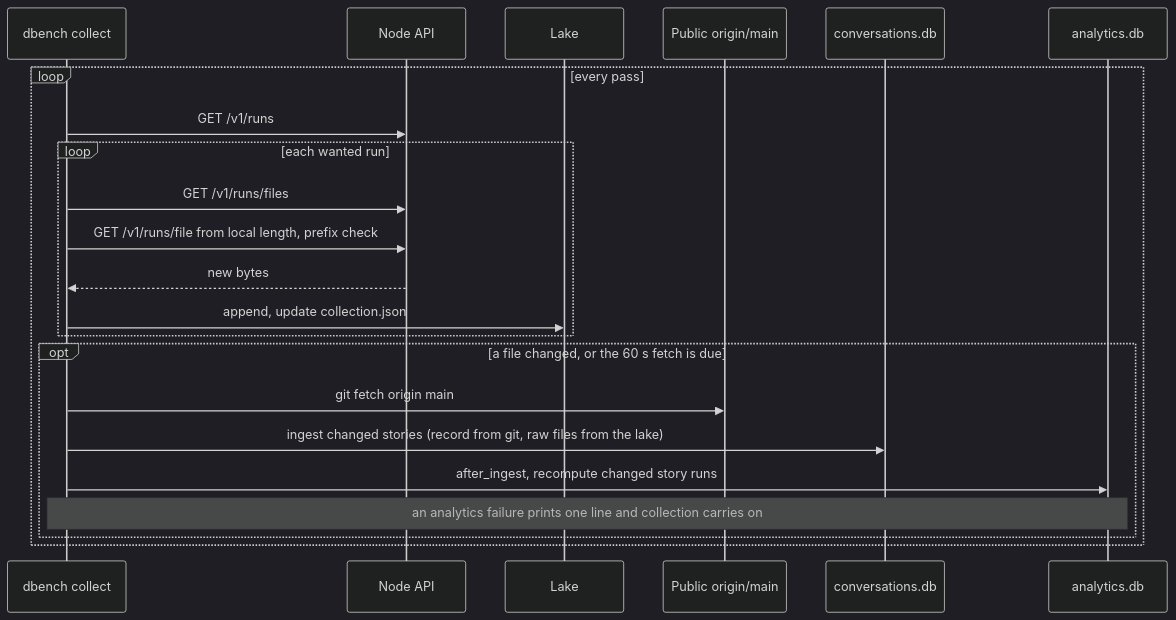
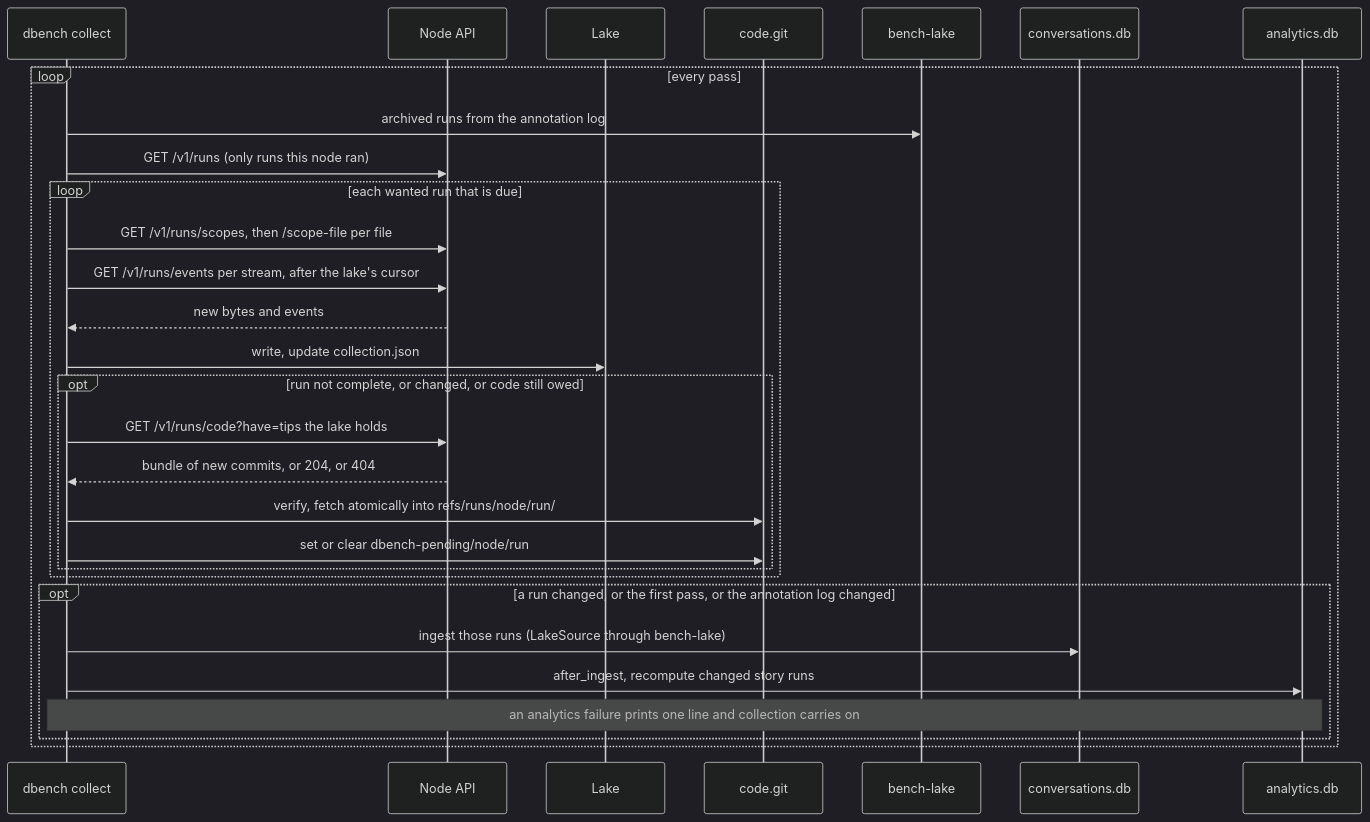
One commit to boxabirds/awesome-local-ai changed the fifth of 9 diagrams in docs/dataflow.md. Above: the diagram before and after it, drawn with Mermaid (dark theme). The commit also changed other lines of this file and 5 other files, not shown here.

````diff
--- a/docs/dataflow.md
+++ b/docs/dataflow.md
@@ -279,24 +326,31 @@
 ```mermaid
 sequenceDiagram
   participant C as dbench collect
   participant N as Node API
   participant L as Lake
-  participant G as Public origin/main
+  participant K as code.git
+  participant B as bench-lake
   participant W as conversations.db
   participant A as analytics.db
   loop every pass
-    C->>N: GET /v1/runs
-    loop each wanted run
-      C->>N: GET /v1/runs/files
-      C->>N: GET /v1/runs/file from local length, prefix check
-      N-->>C: new bytes
-      C->>L: append, update collection.json
+    C->>B: archived runs from the annotation log
+    C->>N: GET /v1/runs (only runs this node ran)
+    loop each wanted run that is due
+      C->>N: GET /v1/runs/scopes, then /scope-file per file
+      C->>N: GET /v1/runs/events per stream, after the lake's cursor
+      N-->>C: new bytes and events
+      C->>L: write, update collection.json
+      opt run not complete, or changed, or code still owed
+        C->>N: GET /v1/runs/code?have=tips the lake holds
+        N-->>C: bundle of new commits, or 204, or 404
+        C->>K: verify, fetch atomically into refs/runs/node/run/
+        C->>K: set or clear dbench-pending/node/run
+      end
     end
-    opt a file changed, or the 60 s fetch is due
-      C->>G: git fetch origin main
-      C->>W: ingest changed stories (record from git, raw files from the lake)
+    opt a run changed, or the first pass, or the annotation log changed
+      C->>W: ingest those runs (LakeSource through bench-lake)
       C->>A: after_ingest, recompute changed story runs
       Note over C,A: an analytics failure prints one line and collection carries on
     end
   end
 ```
````
